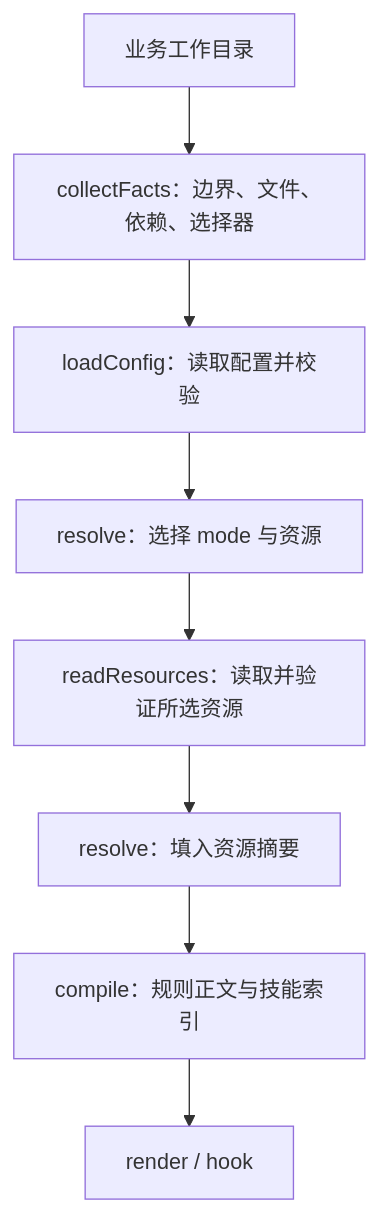
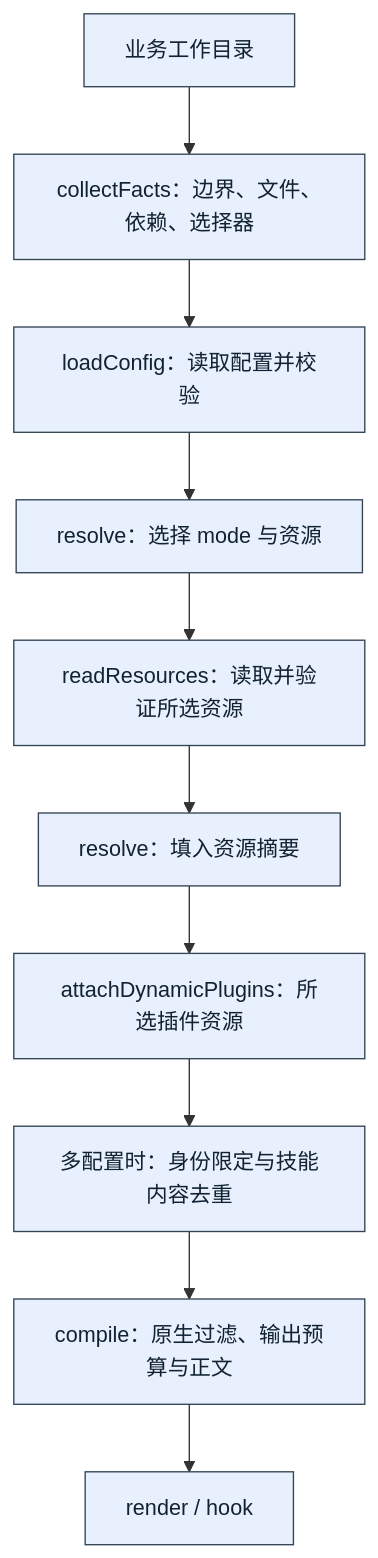
The diagram in docs/architecture.md (guxi11/modeck), drawn with Mermaid before and after one commit. The commit also changed other lines of this file and 3 other files, not shown here.

````diff
--- a/docs/architecture.md
+++ b/docs/architecture.md
@@ -40,12 +36,16 @@
 ```mermaid
 flowchart TB
   accTitle: Modeck context preparation flow
-  accDescr: Collect workspace facts, load trusted configuration, select modes, verify selected resources, then compile and encode session context.
+  accDescr: Collect workspace facts, select modes, verify resources, attach selected plugin content, combine configuration sources, then filter and compile session context.
   workspace["业务工作目录"] --> facts["collectFacts：边界、文件、依赖、选择器"]
   facts --> config["loadConfig：读取配置并校验"]
   config --> select["resolve：选择 mode 与资源"]
   select --> resources["readResources：读取并验证所选资源"]
   resources --> plan["resolve：填入资源摘要"]
-  plan --> compile["compile：规则正文与技能索引"]
+  plan --> plugins["attachDynamicPlugins：所选插件资源"]
+  plugins --> aggregate["多配置时：身份限定与技能内容去重"]
+  aggregate --> compile["compile：原生过滤、输出预算与正文"]
   compile --> output["render / hook"]
+  classDef pipeline fill:#e8f0fe,stroke:#345,color:#123
+  class workspace,facts,config,select,resources,plan,plugins,aggregate,compile,output pipeline
 ```
````
